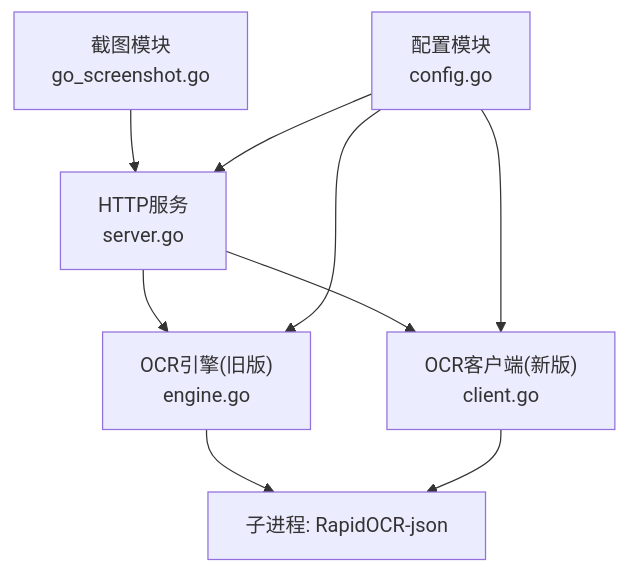
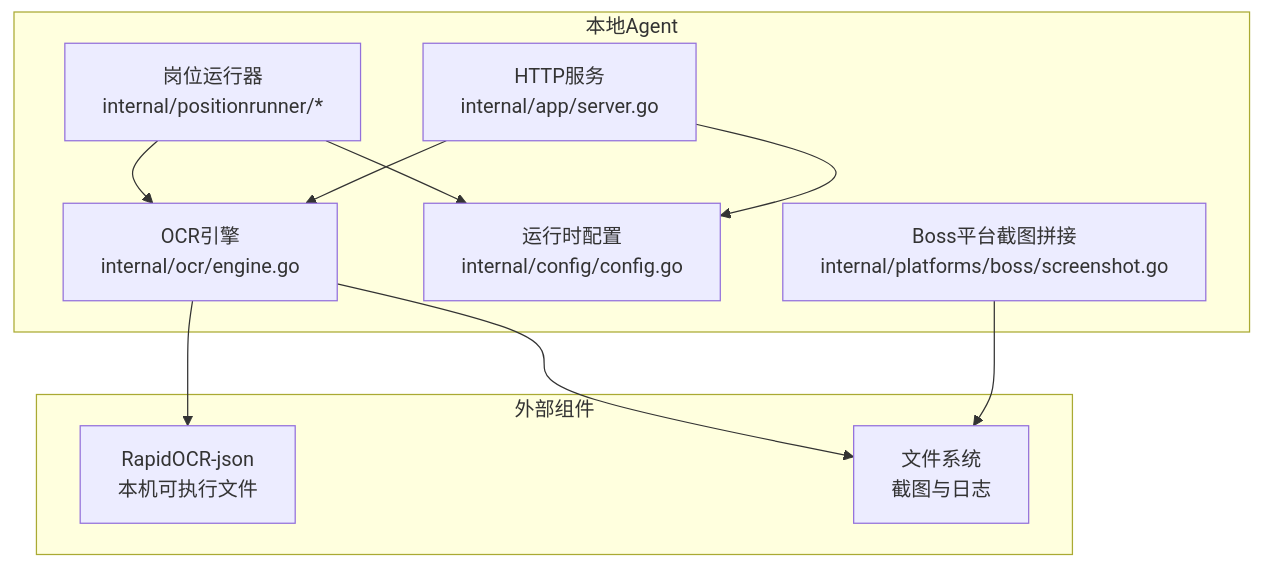
One commit to alvinwangzi/goodhr changed the first of 7 diagrams in .qoder/repowiki/zh/content/本地执行器/AI集成/OCR识别引擎.md. Above: the diagram before and after it, drawn with Mermaid. The commit also changed other lines of this file and 149 other files, not shown here.

````diff
--- a/.qoder/repowiki/zh/content/本地执行器/AI集成/OCR识别引擎.md
+++ b/.qoder/repowiki/zh/content/本地执行器/AI集成/OCR识别引擎.md
@@ -45,11 +37,21 @@
 ```mermaid
 graph TB
-A["HTTP服务<br/>server.go"] --> B["OCR引擎(旧版)<br/>engine.go"]
-A --> C["OCR客户端(新版)<br/>client.go"]
-B --> D["子进程: RapidOCR-json"]
-C --> D
-E["截图模块<br/>go_screenshot.go"] --> A
-F["配置模块<br/>config.go"] --> A
-F --> B
-F --> C
+subgraph "本地Agent"
+App["HTTP服务<br/>internal/app/server.go"]
+Runner["岗位运行器<br/>internal/positionrunner/*"]
+PlatformBoss["Boss平台截图拼接<br/>internal/platforms/boss/screenshot.go"]
+Config["运行时配置<br/>internal/config/config.go"]
+OCREngine["OCR引擎<br/>internal/ocr/engine.go"]
+end
+subgraph "外部组件"
+RapidOCR["RapidOCR-json<br/>本机可执行文件"]
+FileSys["文件系统<br/>截图与日志"]
+end
+App --> OCREngine
+Runner --> OCREngine
+PlatformBoss --> FileSys
+OCREngine --> RapidOCR
+OCREngine --> FileSys
+App --> Config
+Runner --> Config
 ```
````
